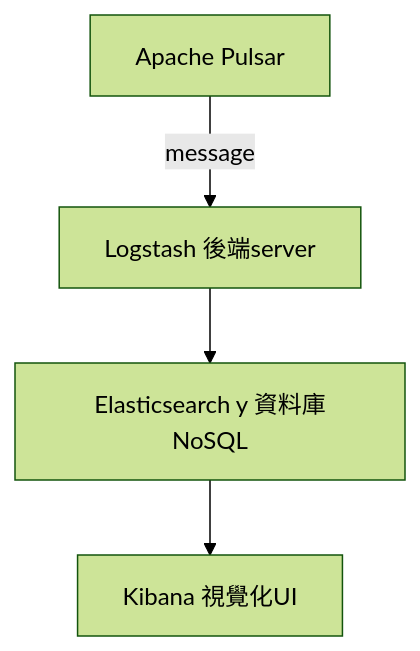
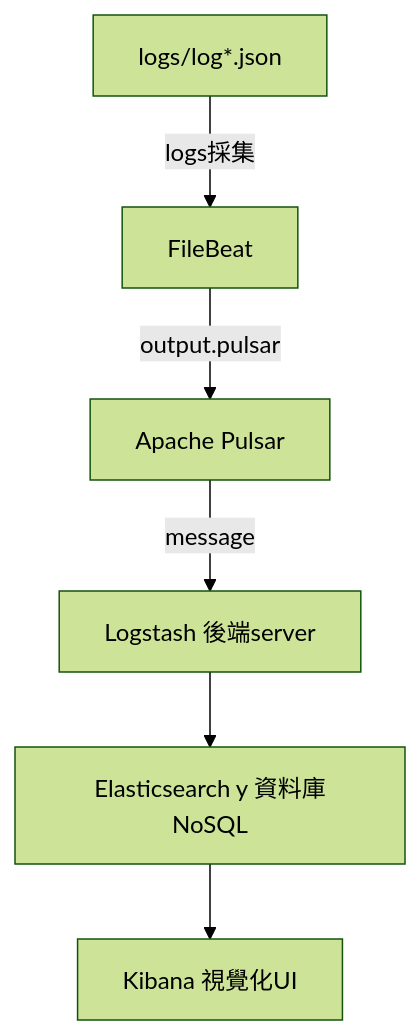
One commit to LiangYuJUI/finalproject-pulsar changed the diagram in README.md. Above: the diagram before and after it, drawn with Mermaid (forest theme). The commit also changed 1 other file, not shown here.

Commit message:
finish filebeat output pulsar and testing

````diff
--- a/README.md
+++ b/README.md
@@ -14,6 +14,8 @@
 ```mermaid
 graph
+    E[logs/log*.json] -->|logs採集| F[FileBeat]
+    F -->|output.pulsar| A
     A[Apache Pulsar] -->|message| B[Logstash 後端server]
     B --> C[Elasticsearch y 資料庫NoSQL]
     C --> D[Kibana 視覺化UI]
 ```
````
